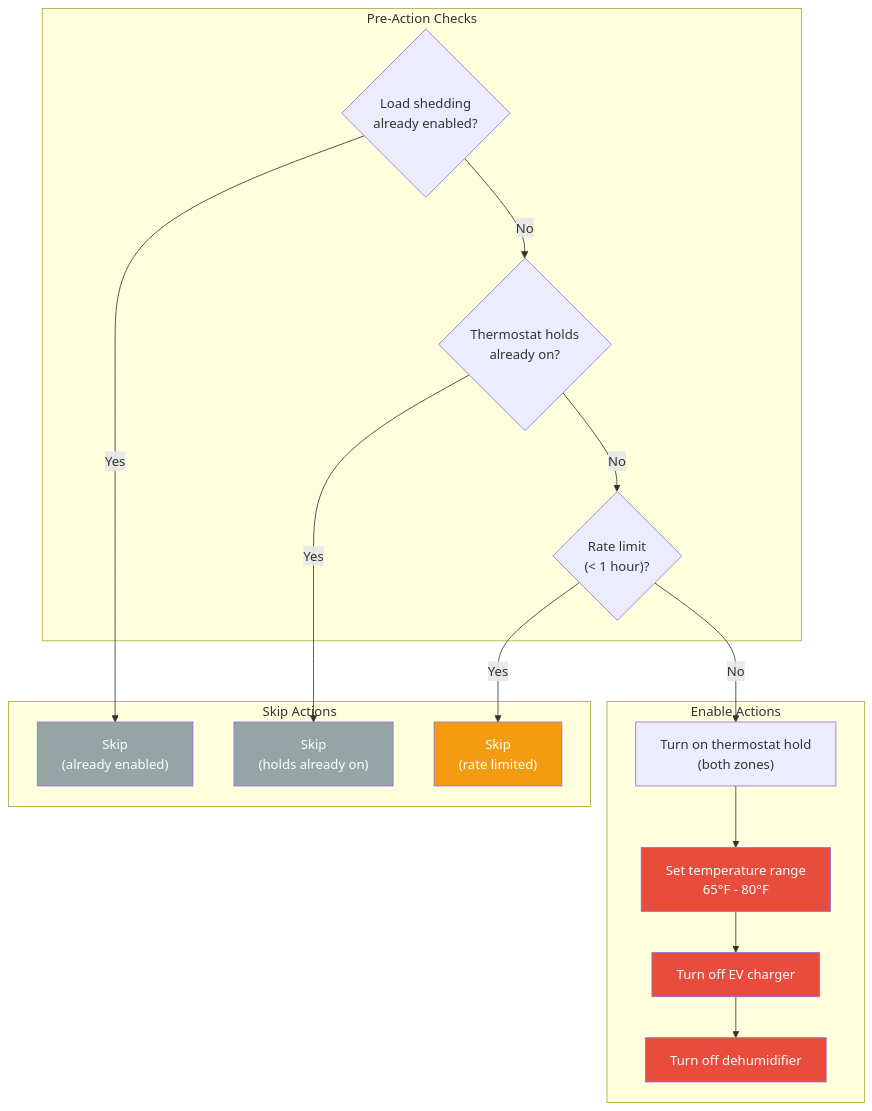
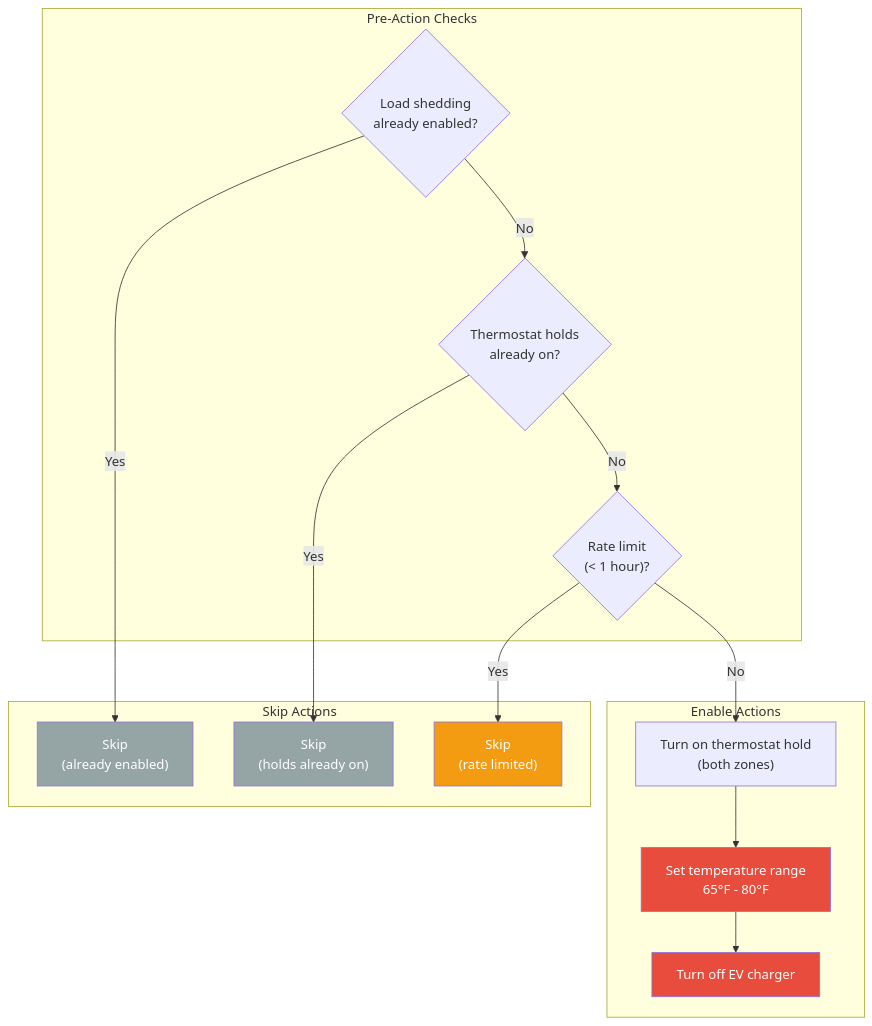
The second of 7 diagrams in docs/flows/LOAD_SHEDDING.md (NickBorgers/home-automation), drawn with Mermaid before and after one commit. The commit also changed 1 other file, not shown here.

Commit message:
fix(loadshedding): fix toothless thermostat assertion and stale diagram
The deferred-action cancellation test was asserting that thermostat
holds were not released using FindServiceCallWithEntity, which only
matches plain-string entity_id. Thermostat holds are issued with
entity_id as []string, so the assertion always returned nil and
always passed regardless of whether holds were actually released.
Replace with a loop that checks the []string form directly.

Also remove turnOffDehum from the Enable Load Shedding Mermaid
subgraph — the dehumidifier is now shed via a separate shedDehumidifier()
call before enableLoadShedding() runs and is not part of the rate-limited
HVAC/Leaf sequence. Update the stale "should be same as green" comment
in TestLoadShedding_EnergyStateWhite since green and white now produce
different dehumidifier behaviour.

````diff
--- a/docs/flows/LOAD_SHEDDING.md
+++ b/docs/flows/LOAD_SHEDDING.md
@@ -46,38 +46,35 @@
 ```mermaid
 flowchart TD
     subgraph Check["Pre-Action Checks"]
         alreadyOn{"Load shedding<br/>already enabled?"}
         checkHold{"Thermostat holds<br/>already on?"}
         rateLimit{"Rate limit<br/>(< 1 hour)?"}
     end
 
     subgraph Skip["Skip Actions"]
         skipOn["Skip<br/>(already enabled)"]
         skipHold["Skip<br/>(holds already on)"]
         skipRate["Skip<br/>(rate limited)"]
     end
 
     subgraph Actions["Enable Actions"]
         turnOnHold["Turn on thermostat hold<br/>(both zones)"]
         setTemp["Set temperature range<br/>65°F - 80°F"]
         turnOffEV["Turn off EV charger"]
-        turnOffDehum["Turn off dehumidifier"]
     end
 
     alreadyOn -->|Yes| skipOn
     alreadyOn -->|No| checkHold
     checkHold -->|Yes| skipHold
     checkHold -->|No| rateLimit
     rateLimit -->|Yes| skipRate
     rateLimit -->|No| turnOnHold
     turnOnHold --> setTemp
     setTemp --> turnOffEV
-    turnOffEV --> turnOffDehum
 
     style skipOn fill:#95a5a6,color:#fff
     style skipHold fill:#95a5a6,color:#fff
     style skipRate fill:#f39c12,color:#fff
     style setTemp fill:#e74c3c,color:#fff
     style turnOffEV fill:#e74c3c,color:#fff
-    style turnOffDehum fill:#e74c3c,color:#fff
 ```
````
